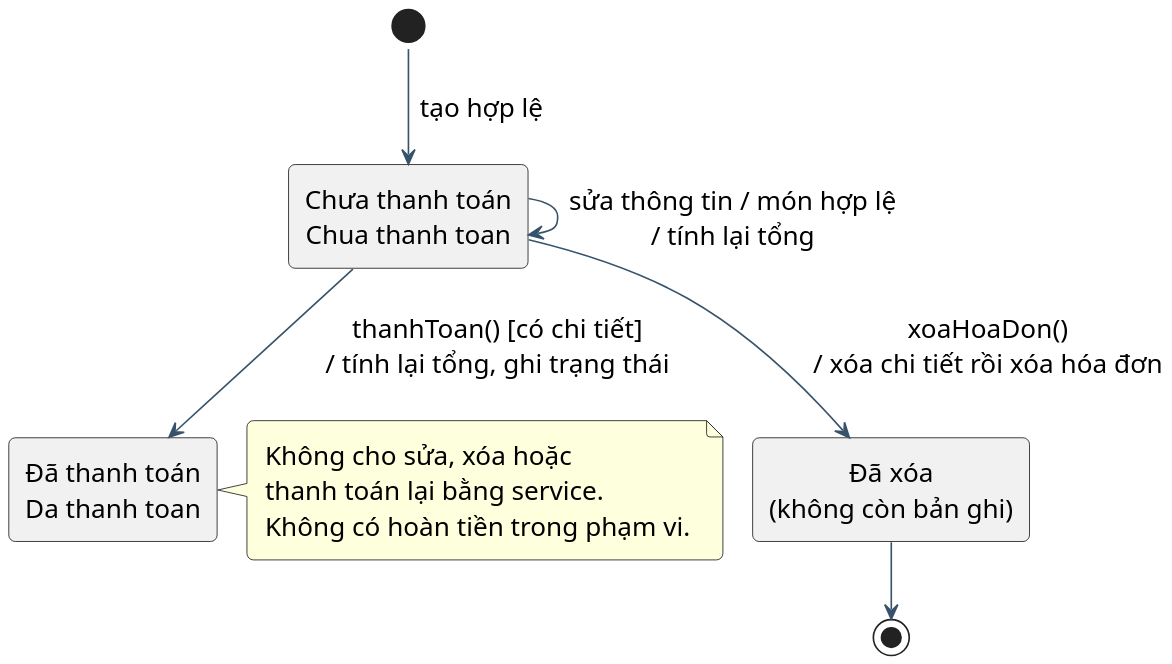
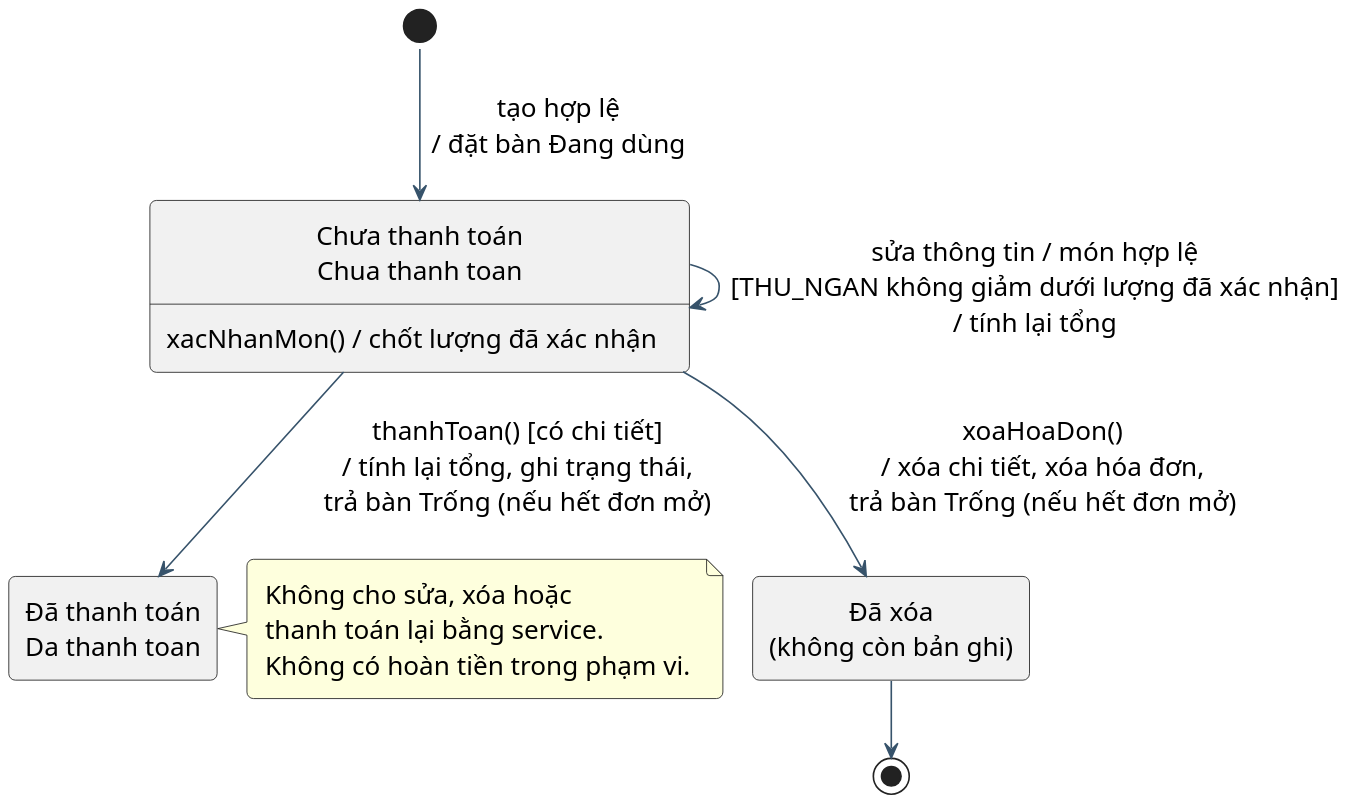
The diagram in BaoCao_PTTKHDoiTuong/so_do/11_trang_thai_hoa_don.puml (hoangbelike2004/QuanLyNHHS), drawn with PlantUML before and after one commit. The commit also changed 96 other files, not shown here.

```diff
--- a/BaoCao_PTTKHDoiTuong/so_do/11_trang_thai_hoa_don.puml
+++ b/BaoCao_PTTKHDoiTuong/so_do/11_trang_thai_hoa_don.puml
@@ -1,34 +1,34 @@
 @startuml
 !pragma layout smetana
 skinparam defaultFontName Arial
 skinparam defaultFontSize 16
 skinparam dpi 180
 skinparam backgroundColor white
 skinparam shadowing false
 skinparam roundcorner 8
 skinparam ArrowColor #37536B
 skinparam classBackgroundColor #F0F6FA
 skinparam classBorderColor #37536B
 skinparam usecaseBackgroundColor #F0F6FA
 skinparam packageBackgroundColor #FFFFFF
 skinparam sequenceParticipantBackgroundColor #EDF4F8
 skinparam sequenceLifeLineBorderColor #78909C
 skinparam sequenceMessageAlign center
 skinparam padding 5
 hide circle
 hide empty description
 state "Chưa thanh toán\nChua thanh toan" as C
+C : xacNhanMon() / chốt lượng đã xác nhận
 state "Đã thanh toán\nDa thanh toan" as D
 state "Đã xóa\n(không còn bản ghi)" as X
-[*] --> C : tạo hợp lệ
-C --> C : sửa thông tin / món hợp lệ\n/ tính lại tổng
-C --> D : thanhToan() [có chi tiết]\n/ tính lại tổng, ghi trạng thái
-C --> X : xoaHoaDon()\n/ xóa chi tiết rồi xóa hóa đơn
+[*] --> C : tạo hợp lệ\n/ đặt bàn Đang dùng
+C --> C : sửa thông tin / món hợp lệ\n[THU_NGAN không giảm dưới lượng đã xác nhận]\n/ tính lại tổng
+C --> D : thanhToan() [có chi tiết]\n/ tính lại tổng, ghi trạng thái,\ntrả bàn Trống (nếu hết đơn mở)
+C --> X : xoaHoaDon()\n/ xóa chi tiết, xóa hóa đơn,\ntrả bàn Trống (nếu hết đơn mở)
 X --> [*]
 note right of D
 Không cho sửa, xóa hoặc
 thanh toán lại bằng service.
 Không có hoàn tiền trong phạm vi.
 end note
-
 @enduml
```
